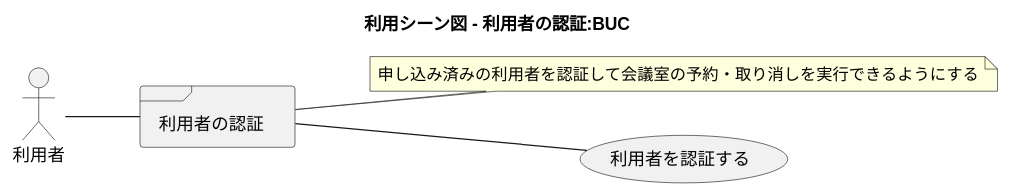
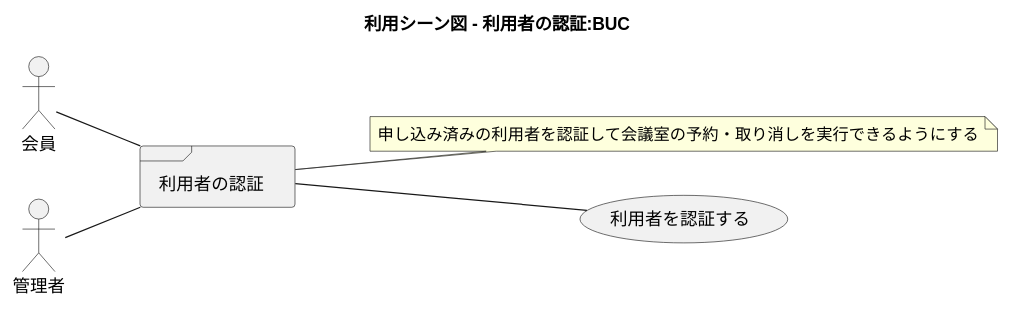
Before and after one commit to k2works/case-study-mrs: the eighth of 19 diagrams in docs/index.adoc, drawn with PlantUML. The commit also changed other lines of this file and 21 other files, not shown here.

```diff
--- a/docs/index.adoc
+++ b/docs/index.adoc
@@ -256,22 +271,24 @@
 [plantuml]
 ----
 @startuml
 
 title 利用シーン図 - 利用者の認証:BUC
 
 left to right direction
 
-actor 利用者
+actor 会員 as ac_01
+actor 管理者 as ac_02
 
 frame 利用者の認証
 note right of 利用者の認証
   申し込み済みの利用者を認証して会議室の予約・取り消しを実行できるようにする
 end note
 
 usecase 利用者を認証する
 
-:利用者: -- 利用者の認証
+:ac_01: -- 利用者の認証
+:ac_02: -- 利用者の認証
 利用者の認証 -- (利用者を認証する)
 
 @enduml
 ----
```
